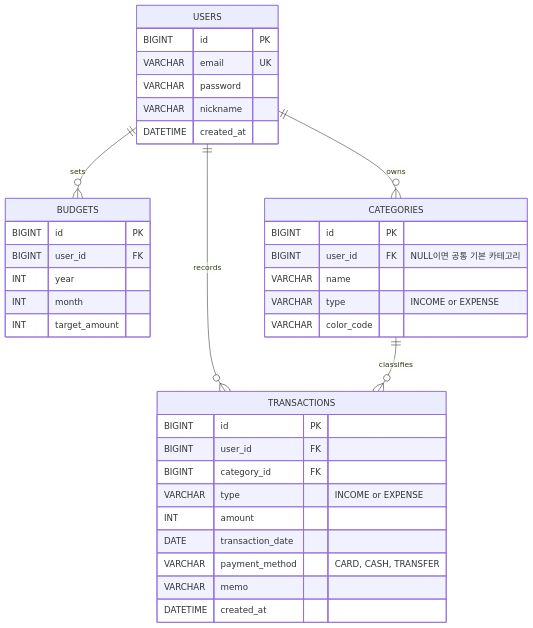
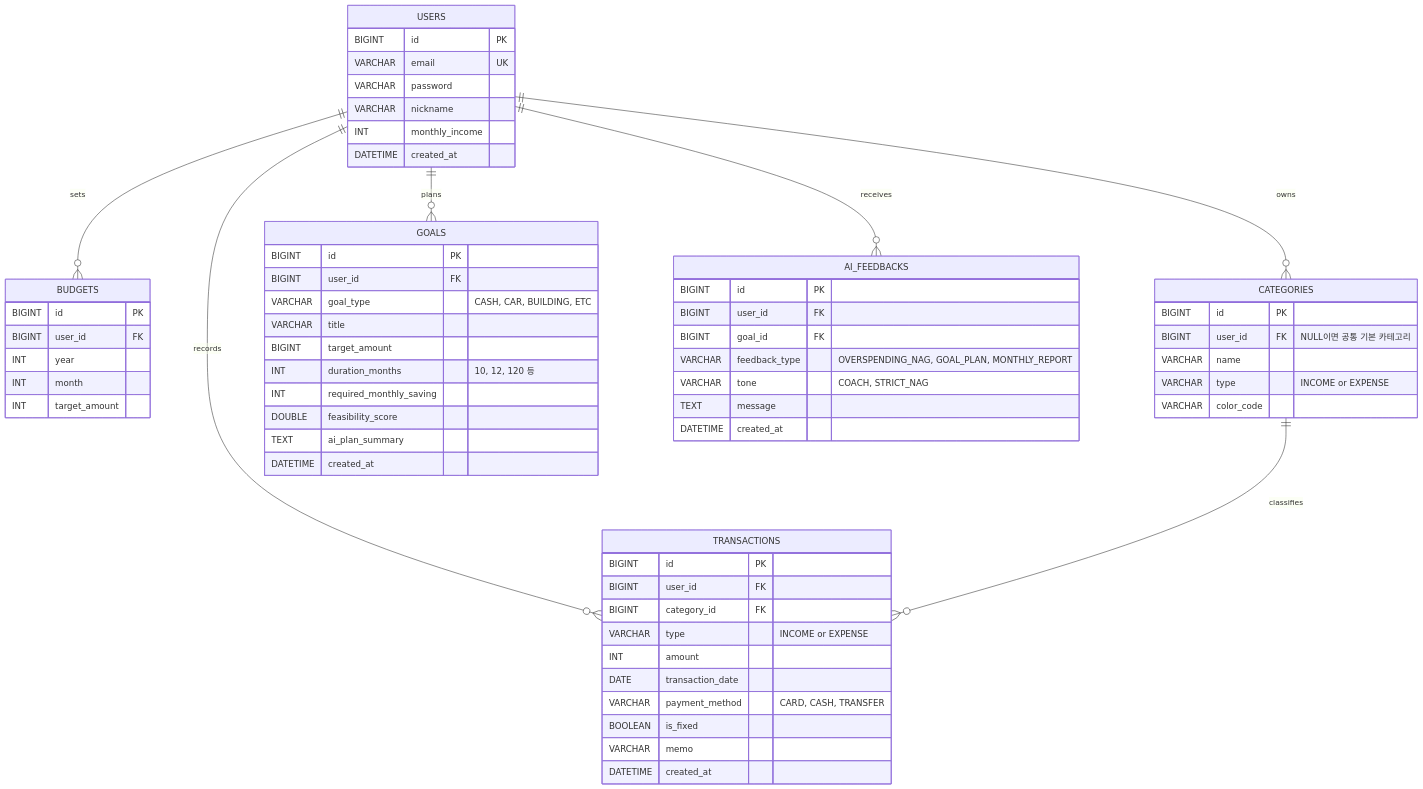
The second of 2 diagrams in docs/PLAN.md (opiniom/PFS), drawn with Mermaid before and after one commit. The commit also changed other lines of this file and 1 other file, not shown here.

Commit message:
docs: add team info and AI goal coaching/overspending nag features

````diff
--- a/docs/PLAN.md
+++ b/docs/PLAN.md
@@ -102,43 +90,70 @@
 ```mermaid
 erDiagram
     USERS ||--o{ TRANSACTIONS : records
     USERS ||--o{ BUDGETS : sets
     USERS ||--o{ CATEGORIES : owns
+    USERS ||--o{ GOALS : plans
+    USERS ||--o{ AI_FEEDBACKS : receives
     CATEGORIES ||--o{ TRANSACTIONS : classifies
 
     USERS {
         BIGINT id PK
         VARCHAR email UK
         VARCHAR password
         VARCHAR nickname
+        INT monthly_income
         DATETIME created_at
     }
 
     CATEGORIES {
         BIGINT id PK
         BIGINT user_id FK "NULL이면 공통 기본 카테고리"
         VARCHAR name
         VARCHAR type "INCOME or EXPENSE"
         VARCHAR color_code
     }
 
     TRANSACTIONS {
         BIGINT id PK
         BIGINT user_id FK
         BIGINT category_id FK
         VARCHAR type "INCOME or EXPENSE"
         INT amount
         DATE transaction_date
         VARCHAR payment_method "CARD, CASH, TRANSFER"
+        BOOLEAN is_fixed
         VARCHAR memo
         DATETIME created_at
     }
 
     BUDGETS {
         BIGINT id PK
         BIGINT user_id FK
         INT year
         INT month
         INT target_amount
     }
+
+    GOALS {
+        BIGINT id PK
+        BIGINT user_id FK
+        VARCHAR goal_type "CASH, CAR, BUILDING, ETC"
+        VARCHAR title
+        BIGINT target_amount
+        INT duration_months "10, 12, 120 등"
+        INT required_monthly_saving
+        DOUBLE feasibility_score
+        TEXT ai_plan_summary
+        DATETIME created_at
+    }
+
+    AI_FEEDBACKS {
+        BIGINT id PK
+        BIGINT user_id FK
+        BIGINT goal_id FK
+        VARCHAR feedback_type "OVERSPENDING_NAG, GOAL_PLAN, MONTHLY_REPORT"
+        VARCHAR tone "COACH, STRICT_NAG"
+        TEXT message
+        DATETIME created_at
+    }
 ```
````
